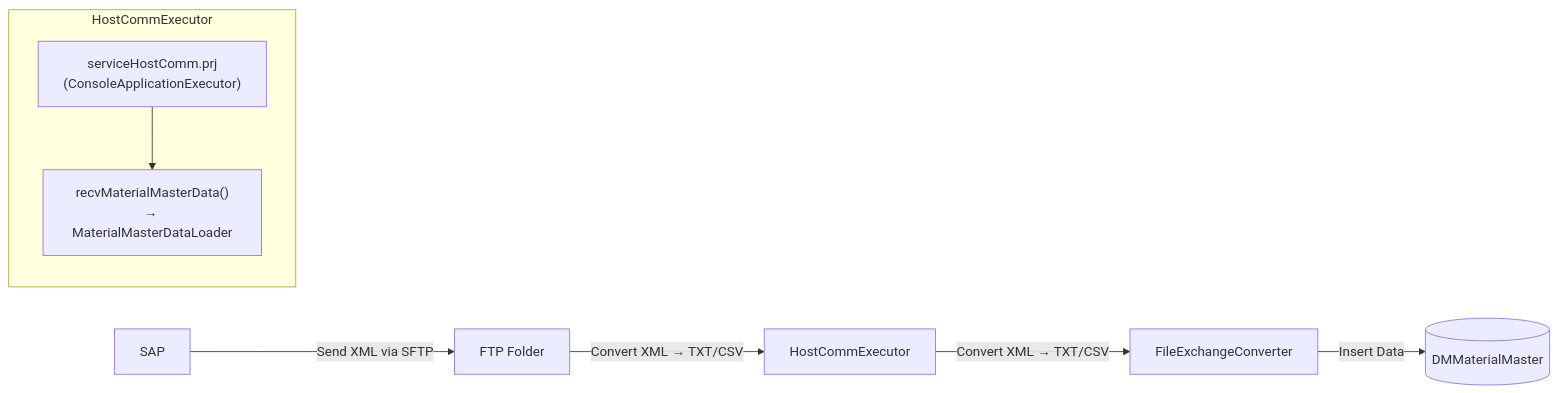
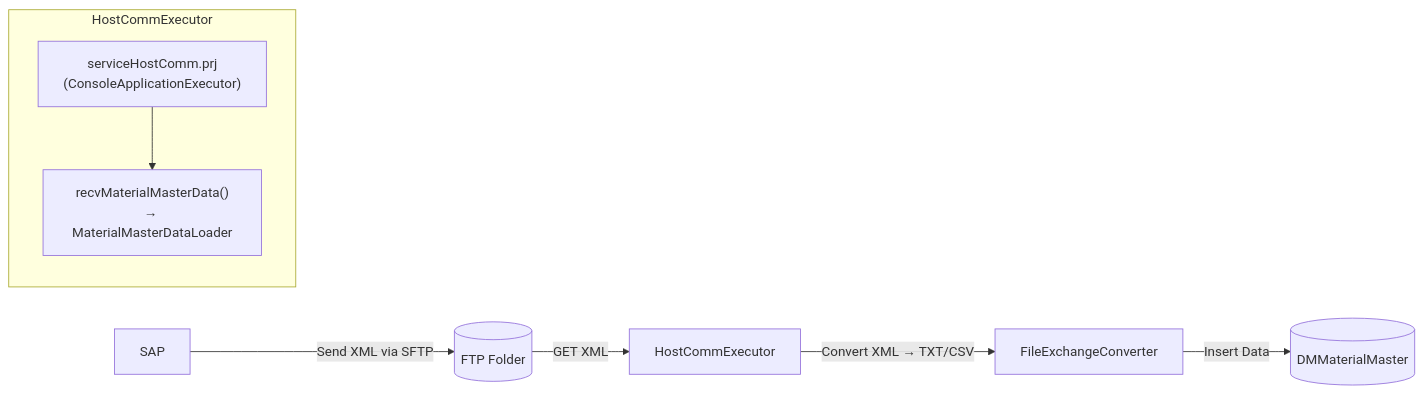
The diagram in Basic-Design/Host-Interfaces/Material-Master-Data.md (luthfiadityaa/SimeDarby-Wiki), drawn with Mermaid before and after one commit.

Commit message:
Updated Material Master Data

```diff
--- a/Basic-Design/Host-Interfaces/Material-Master-Data.md
+++ b/Basic-Design/Host-Interfaces/Material-Master-Data.md
@@ -11,13 +11,13 @@
 ::: mermaid
 flowchart LR
-    A[SAP] -->|Send XML via SFTP| B[FTP Folder]
-    B -->|Convert XML → TXT/CSV| C[HostCommExecutor]
+    A[SAP] -->|Send XML via SFTP| B[(FTP Folder)]
+    B -->|GET XML| C[HostCommExecutor]
     C -->|Convert XML → TXT/CSV| D[FileExchangeConverter]
     D -->|Insert Data| E[(DMMaterialMaster)]
 
     subgraph HostCommExecutor
         C1["serviceHostComm.prj<br>(ConsoleApplicationExecutor)"]
         C2["recvMaterialMasterData()<br>→ MaterialMasterDataLoader"]
         C1 --> C2
     end
 :::
```
